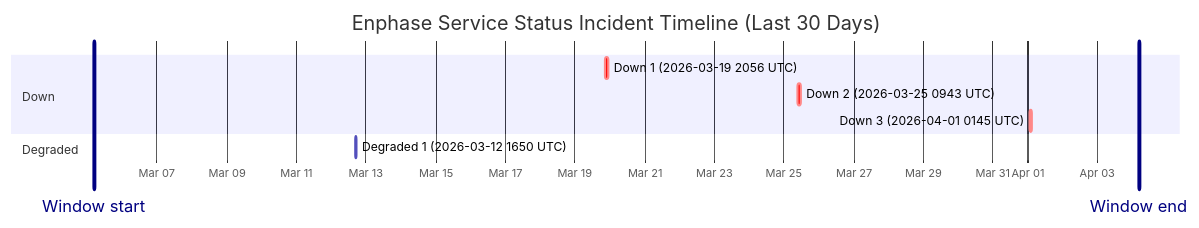
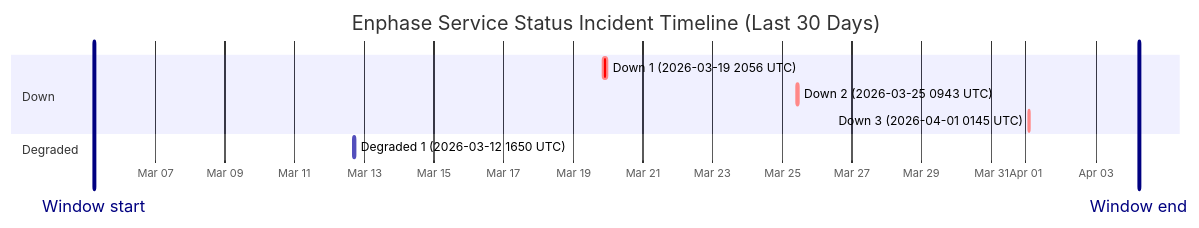
One commit to barneyonline/ha-enphase-ev-charger changed the diagram in wiki/Service-Status-History.md. Above: the diagram before and after it, drawn with Mermaid. The commit also changed other lines of this file and 3 other files, not shown here.

````diff
--- a/wiki/Service-Status-History.md
+++ b/wiki/Service-Status-History.md
@@ -14,14 +14,14 @@
 ```mermaid
 gantt
     title Enphase Service Status Incident Timeline (Last 30 Days)
     dateFormat  YYYY-MM-DDTHH:mm:ss
     axisFormat  %b %d
-    Window start :vert, window-start, 2026-03-05T04:29:08, 0ms
-    Window end :vert, window-end, 2026-04-04T04:29:08, 0ms
+    Window start :vert, window-start, 2026-03-05T05:41:51, 0ms
+    Window end :vert, window-end, 2026-04-04T05:41:51, 0ms
     section Down
     Down 1 (2026-03-19 2056 UTC) :crit, down-1, 2026-03-19T20:56:20, 145m
     Down 2 (2026-03-25 0943 UTC) :crit, down-2, 2026-03-25T09:43:28, 111m
     Down 3 (2026-04-01 0145 UTC) :crit, down-3, 2026-04-01T01:45:09, 60m
     section Degraded
     Degraded 1 (2026-03-12 1650 UTC) :active, degraded-1, 2026-03-12T16:50:43, 60m
 ```
````
